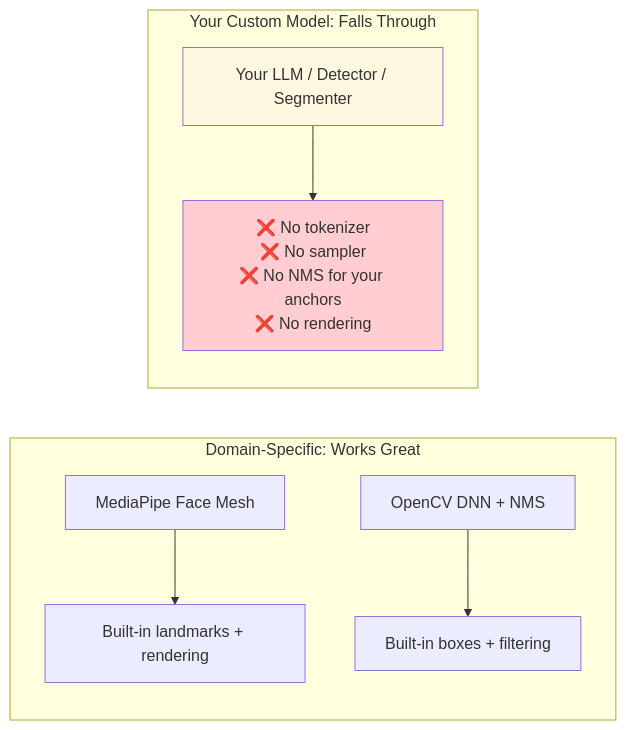
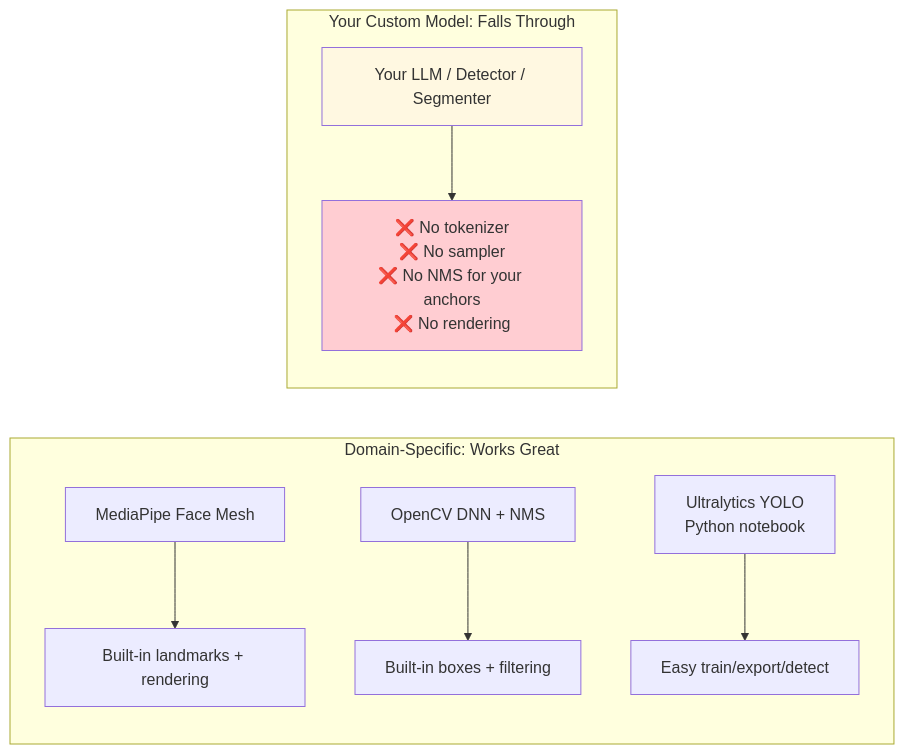
The second of 13 diagrams in slide.md (pctablet505/litert-demo), drawn with Mermaid before and after one commit. The commit also changed other lines of this file, not shown here.

First line of the commit message:
slides: add ONNX and Ultralytics/YOLO to Alternatives section

````diff
--- a/slide.md
+++ b/slide.md
@@ -208,12 +209,13 @@
 ```mermaid
 flowchart LR
     subgraph SPECIFIC["Domain-Specific: Works Great"]
         A["MediaPipe Face Mesh"] --> B["Built-in landmarks + rendering"]
         C["OpenCV DNN + NMS"] --> D["Built-in boxes + filtering"]
+        Y["Ultralytics YOLO<br/>Python notebook"] --> Z["Easy train/export/detect"]
     end
     subgraph CUSTOM["Your Custom Model: Falls Through"]
         E["Your LLM / Detector / Segmenter"] --> F["❌ No tokenizer<br/>❌ No sampler<br/>❌ No NMS for your anchors<br/>❌ No rendering"]
         style E fill:#fff8e1
         style F fill:#ffcdd2
     end
 ```
````
